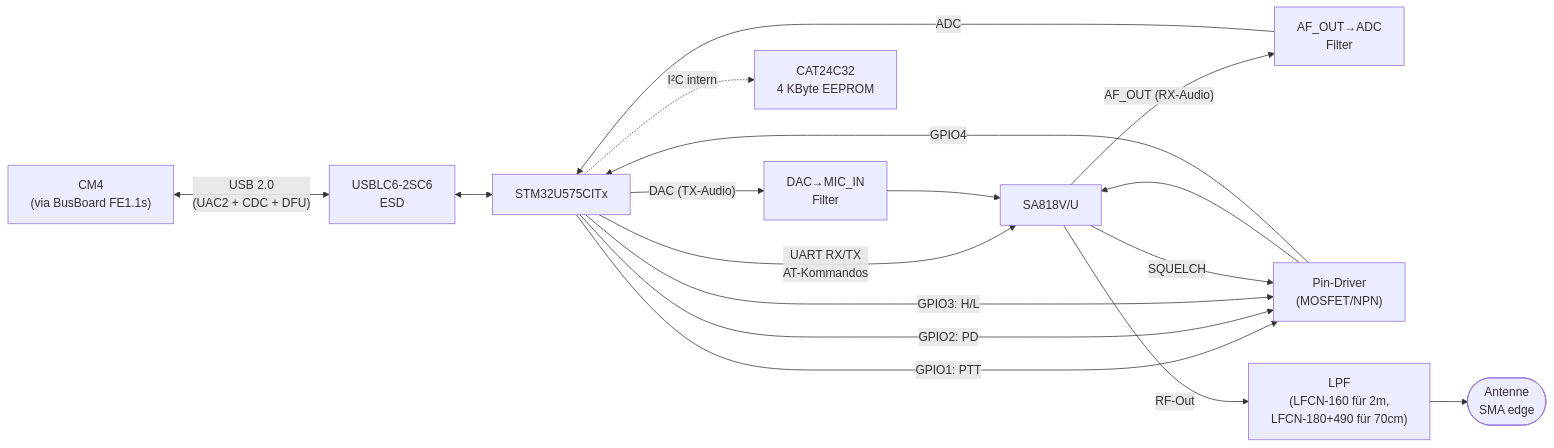
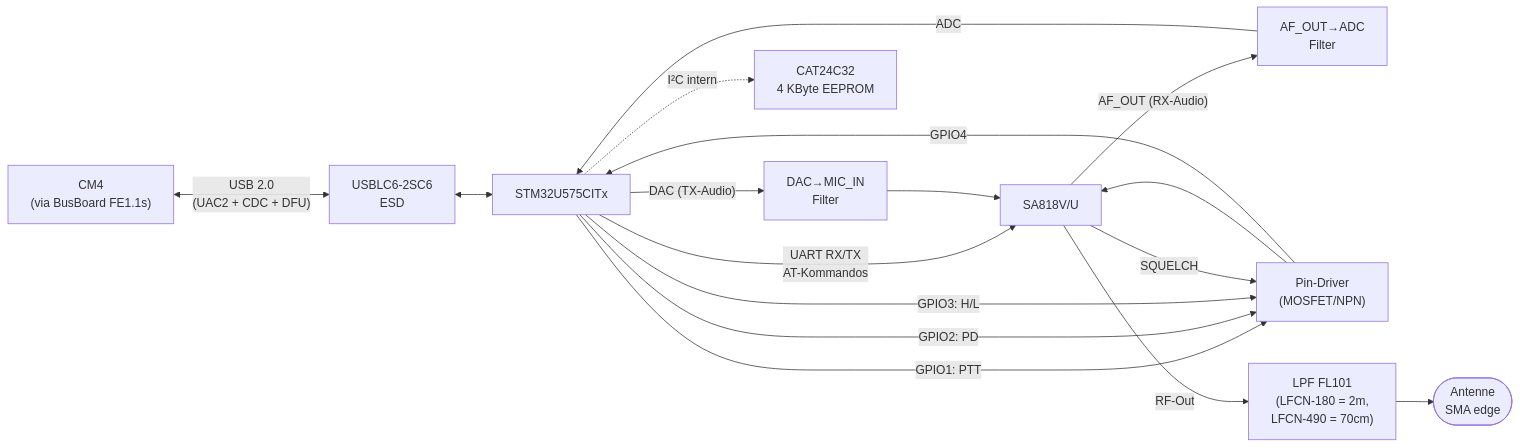
One commit to OE5XRX/HW-Module-FMTransceiver changed the diagram in doc/index.md. Above: the diagram before and after it, drawn with Mermaid. The commit also changed other lines of this file, not shown here.

First line of the commit message:
fix(docs): correct LPF filter spec — single FV1206 footprint (FL101), LFCN-180 for 2m / LFCN-490 for 70cm

````diff
--- a/doc/index.md
+++ b/doc/index.md
@@ -32,22 +32,22 @@
 ```mermaid
 flowchart LR
     CM4["CM4<br/>(via BusBoard FE1.1s)"]
     CM4 <-->|"USB 2.0<br/>(UAC2 + CDC + DFU)"| ESD["USBLC6-2SC6<br/>ESD"]
     ESD <--> STM32["STM32U575CITx"]
 
     STM32 -->|"UART RX/TX<br/>AT-Kommandos"| SA["SA818V/U"]
     STM32 -->|"DAC (TX-Audio)"| MICF["DAC→MIC_IN<br/>Filter"]
     MICF --> SA
     SA -->|"AF_OUT (RX-Audio)"| AFF["AF_OUT→ADC<br/>Filter"]
     AFF -->|"ADC"| STM32
     STM32 -->|"GPIO1: PTT"| PDR["Pin-Driver<br/>(MOSFET/NPN)"]
     STM32 -->|"GPIO2: PD"| PDR
     STM32 -->|"GPIO3: H/L"| PDR
     PDR --> SA
     SA -->|"SQUELCH"| PDR
     PDR -->|"GPIO4"| STM32
-    SA -->|"RF-Out"| LPF["LPF<br/>(LFCN-160 für 2m,<br/>LFCN-180+490 für 70cm)"]
+    SA -->|"RF-Out"| LPF["LPF FL101<br/>(LFCN-180 = 2m,<br/>LFCN-490 = 70cm)"]
     LPF --> ANT(["Antenne<br/>SMA edge"])
 
     STM32 -.->|"I²C intern"| EEP["CAT24C32<br/>4 KByte EEPROM"]
 ```
````
